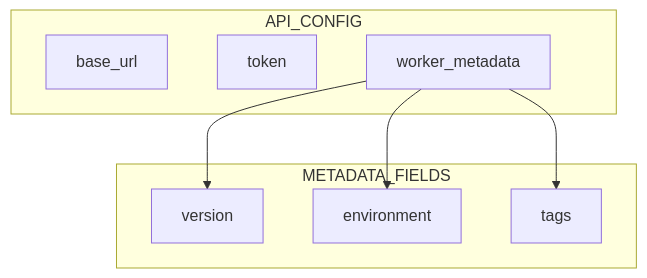
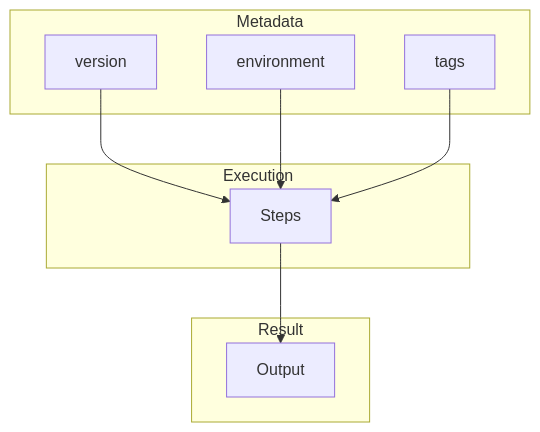
Before and after one commit to wisrovi/wpipe: the third of 5 diagrams in examples/api_pipeline/10_worker_metadata/README.md, drawn with Mermaid. The commit also changed other lines of this file and 20 other files, not shown here.

First line of the commit message:
Simplify Mermaid diagrams for better rendering

````diff
--- a/examples/api_pipeline/10_worker_metadata/README.md
+++ b/examples/api_pipeline/10_worker_metadata/README.md
@@ -33,18 +33,21 @@
 ```mermaid
 graph TB
-    subgraph API_CONFIG
-        M1[base_url]
-        M2[token]
-        M3[worker_metadata]
+    subgraph Metadata
+        M1[version]
+        M2[environment]
+        M3[tags]
     end
     
-    subgraph METADATA_FIELDS
-        V1[version]
-        V2[environment]
-        V3[tags]
+    subgraph Execution
+        E[Steps]
     end
     
-    M3 --> V1
-    M3 --> V2
-    M3 --> V3
+    subgraph Result
+        R[Output]
+    end
+    
+    M1 --> E
+    M2 --> E
+    M3 --> E
+    E --> R
 ```
````
